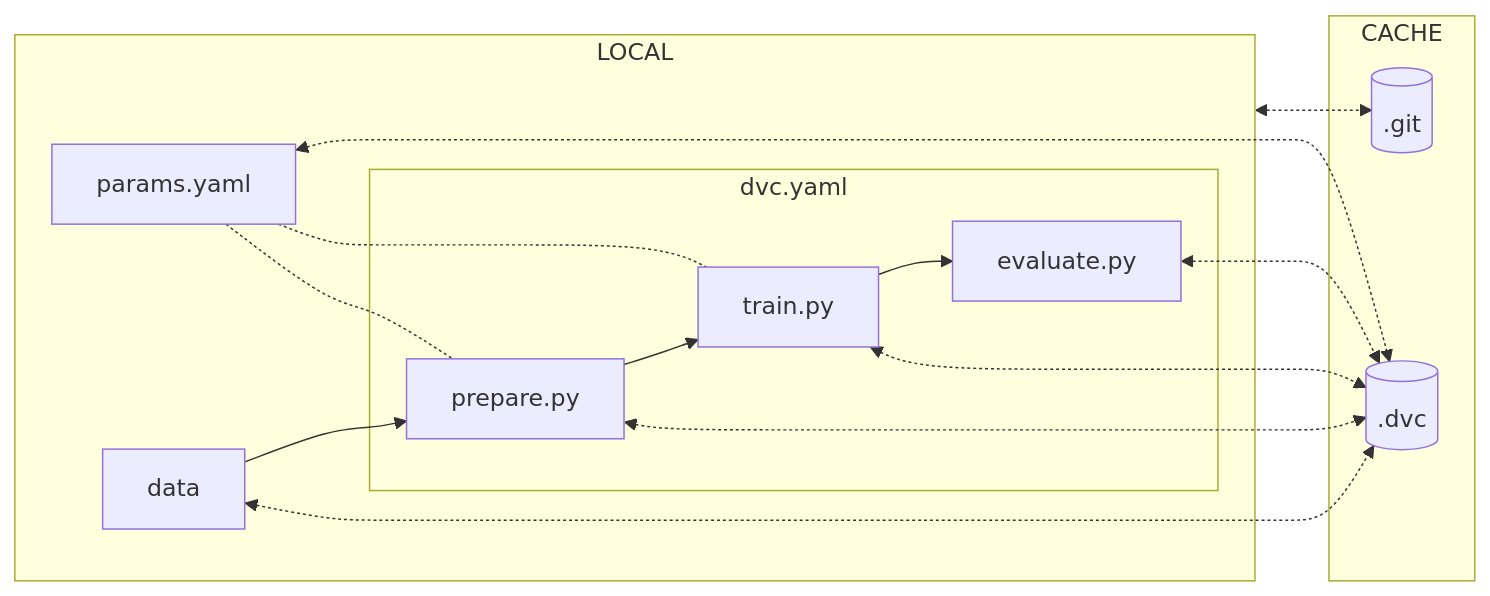
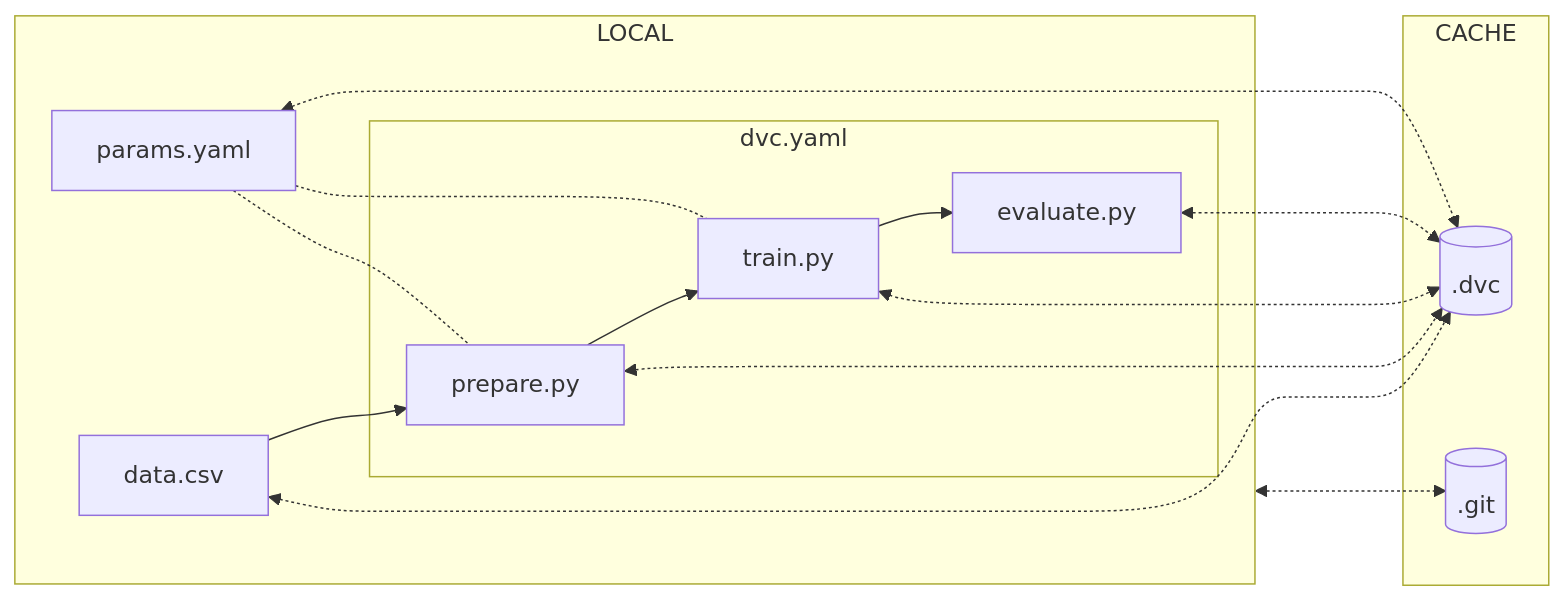
One commit to swiss-ai-center/a-guide-to-mlops changed the diagram in docs/part-1-local-training-and-model-evaluation/conclusion.md. Above: the diagram before and after it, drawn with Mermaid. The commit also changed 9 other files, not shown here.

Commit message:
Rename mermaid vars

````diff
--- a/docs/part-1-local-training-and-model-evaluation/conclusion.md
+++ b/docs/part-1-local-training-and-model-evaluation/conclusion.md
@@ -7,24 +7,24 @@
 ```mermaid
 flowchart LR
-	789994[(".dvc")]
-	429113[(".git")]
-	980408["data"] <-.-> 789994
-    356399 <-....-> 429113
-	subgraph 438901["CACHE"]
-		789994
-		429113
+	dot_dvc[(.dvc)]
+	dot_git[(.git)]
+	data[data.csv] <-.-> dot_dvc
+    localGraph <-....-> dot_git
+	subgraph cacheGraph[CACHE]
+		dot_dvc
+		dot_git
 	end
-	subgraph 356399["LOCAL"]
-		672354["prepare.py"] <-.-> 789994
-		347464["train.py"] <-.-> 789994
-		964259["evaluate.py"] <-.-> 789994
-		980408 --> 672354
-		subgraph 695374["dvc.yaml"]
-			672354 --> 347464
-			347464 --> 964259
+	subgraph localGraph[LOCAL]
+		prepare[prepare.py] <-.-> dot_dvc
+		train[train.py] <-.-> dot_dvc
+		evaluate[evaluate.py] <-.-> dot_dvc
+		data --> prepare
+		subgraph dvcGraph[dvc.yaml]
+			prepare --> train
+			train --> evaluate
 		end
-        238472["params.yaml"] -.- 672354
-        238472 -.- 347464
-        238472 <-.-> 789994
+        params[params.yaml] -.- prepare
+        params -.- train
+        params <-.-> dot_dvc
 	end
 ```
````
